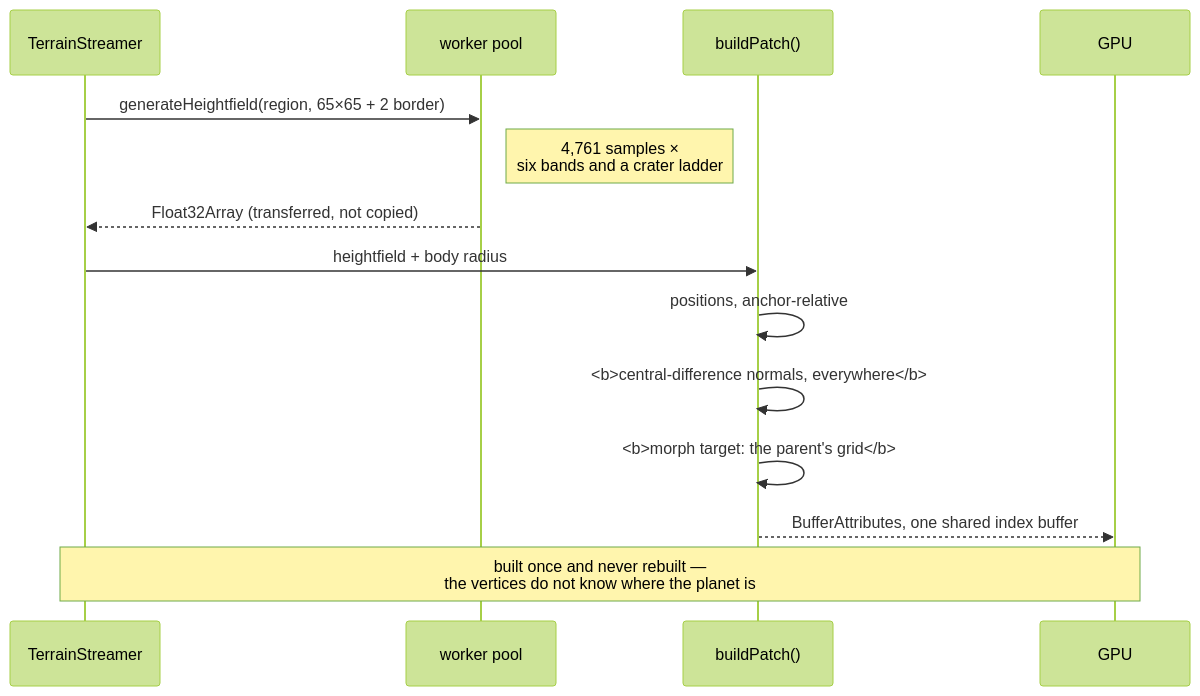
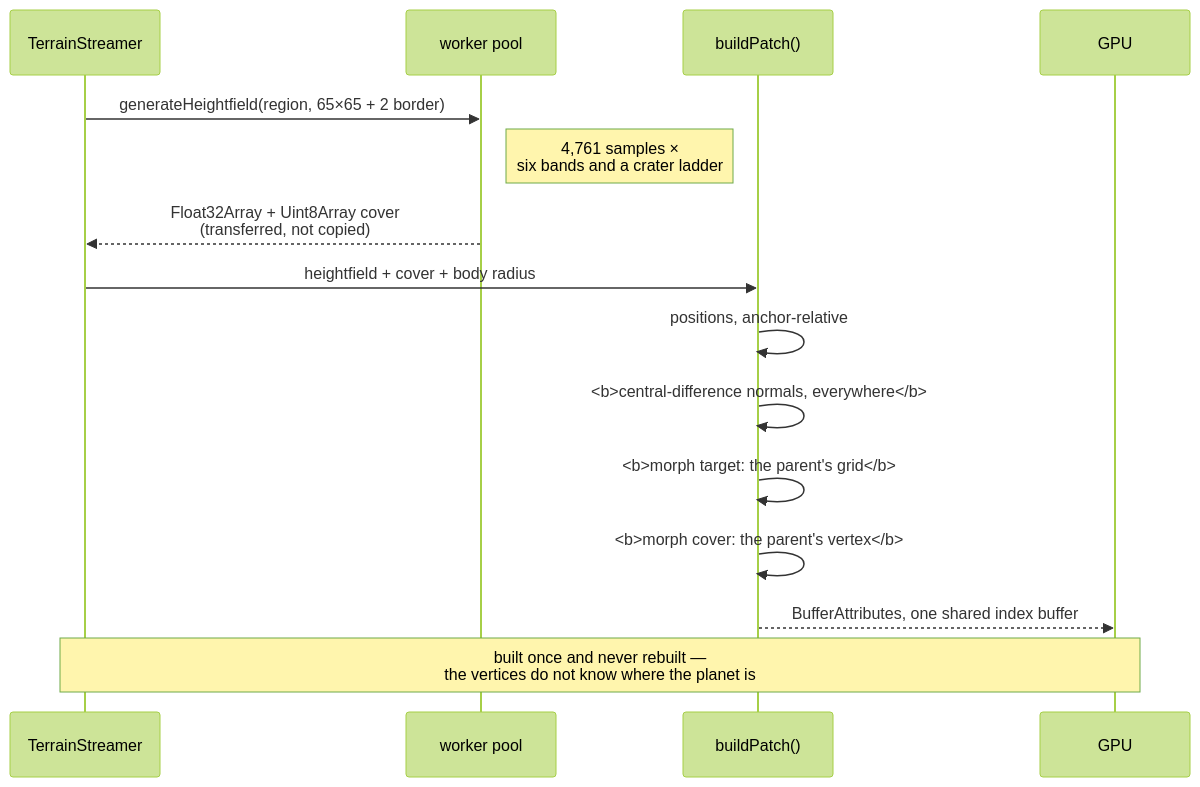
One commit to jonjaques/inertialref changed the seventh of 9 diagrams in docs/concepts/rendering.md. Above: the diagram before and after it, drawn with Mermaid (forest theme). The commit also changed other lines of this file and 48 other files, not shown here.

````diff
--- a/docs/concepts/rendering.md
+++ b/docs/concepts/rendering.md
@@ -241,17 +244,18 @@
 ```mermaid
 sequenceDiagram
     participant S as TerrainStreamer
     participant P as worker pool
     participant B as buildPatch()
     participant G as GPU
 
     S->>P: generateHeightfield(region, 65×65 + 2 border)
     Note right of P: 4,761 samples ×<br/>six bands and a crater ladder
-    P-->>S: Float32Array (transferred, not copied)
-    S->>B: heightfield + body radius
+    P-->>S: Float32Array + Uint8Array cover<br/>(transferred, not copied)
+    S->>B: heightfield + cover + body radius
     B->>B: positions, anchor-relative
     B->>B: <b>central-difference normals, everywhere</b>
     B->>B: <b>morph target: the parent's grid</b>
+    B->>B: <b>morph cover: the parent's vertex</b>
     B-->>G: BufferAttributes, one shared index buffer
     Note over S,G: built once and never rebuilt —<br/>the vertices do not know where the planet is
 ```
````
